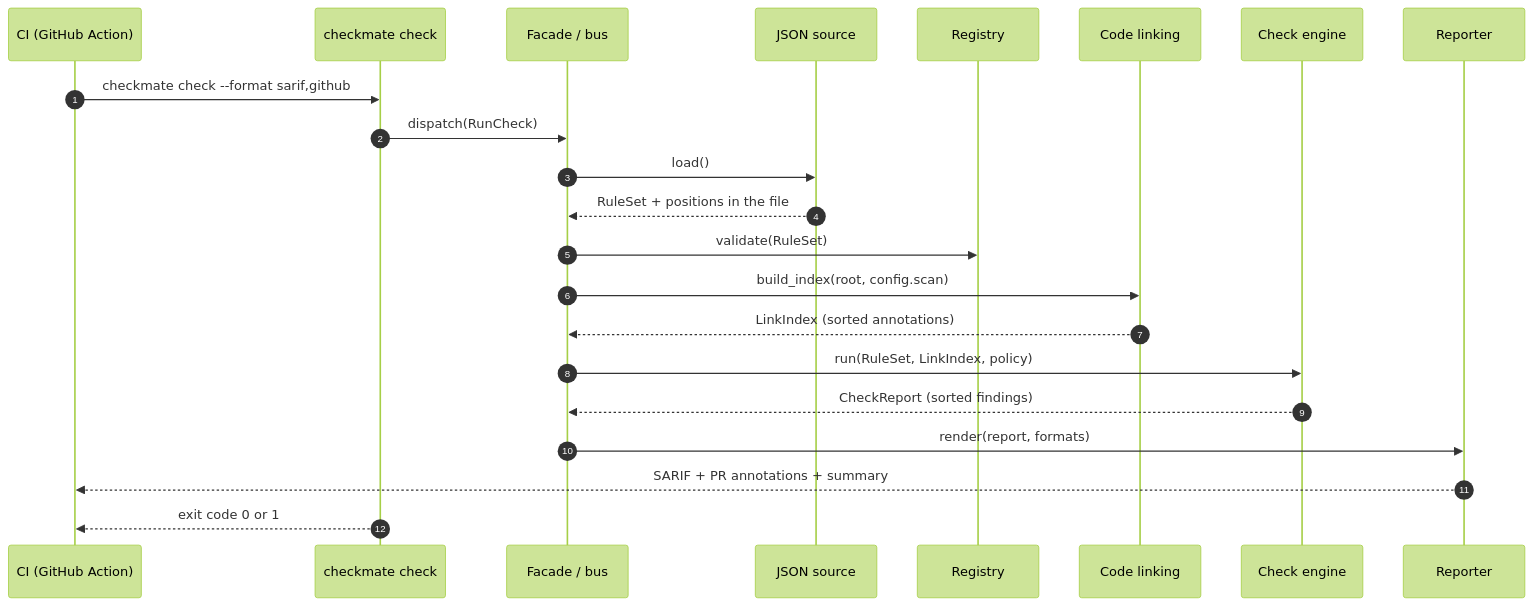
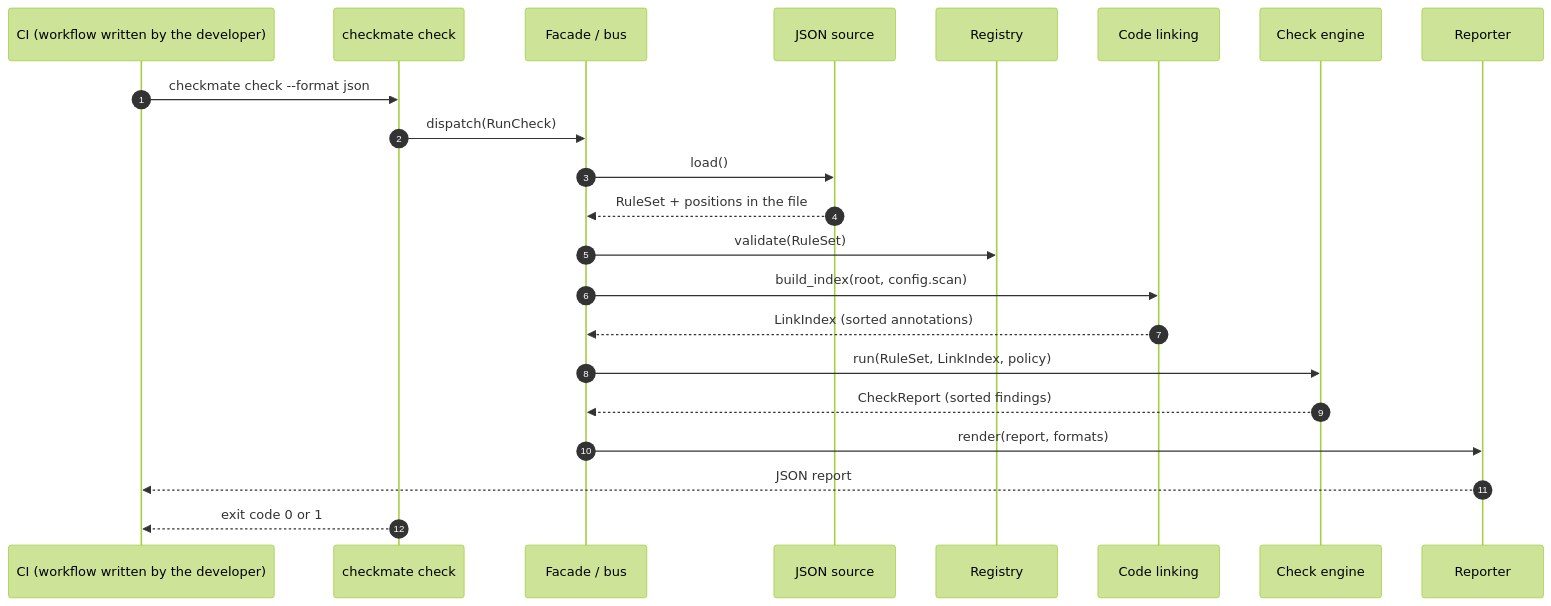
Before and after one commit to E-Jacques/Rulelink: the fourth of 7 diagrams in docs/architecture/00-global-architecture.md, drawn with Mermaid (forest theme). The commit also changed other lines of this file and 16 other files, not shown here.

````diff
--- a/docs/architecture/00-global-architecture.md
+++ b/docs/architecture/00-global-architecture.md
@@ -240,25 +240,25 @@
 ```mermaid
 sequenceDiagram
     autonumber
-    participant CI as CI (GitHub Action)
+    participant CI as CI (workflow written by the developer)
     participant CLI as checkmate check
     participant APP as Facade / bus
     participant SRC as JSON source
     participant REG as Registry
     participant LNK as Code linking
     participant CHK as Check engine
     participant REP as Reporter
 
-    CI->>CLI: checkmate check --format sarif,github
+    CI->>CLI: checkmate check --format json
     CLI->>APP: dispatch(RunCheck)
     APP->>SRC: load()
     SRC-->>APP: RuleSet + positions in the file
     APP->>REG: validate(RuleSet)
     APP->>LNK: build_index(root, config.scan)
     LNK-->>APP: LinkIndex (sorted annotations)
     APP->>CHK: run(RuleSet, LinkIndex, policy)
     CHK-->>APP: CheckReport (sorted findings)
     APP->>REP: render(report, formats)
-    REP-->>CI: SARIF + PR annotations + summary
+    REP-->>CI: JSON report
     CLI-->>CI: exit code 0 or 1
 ```
````
